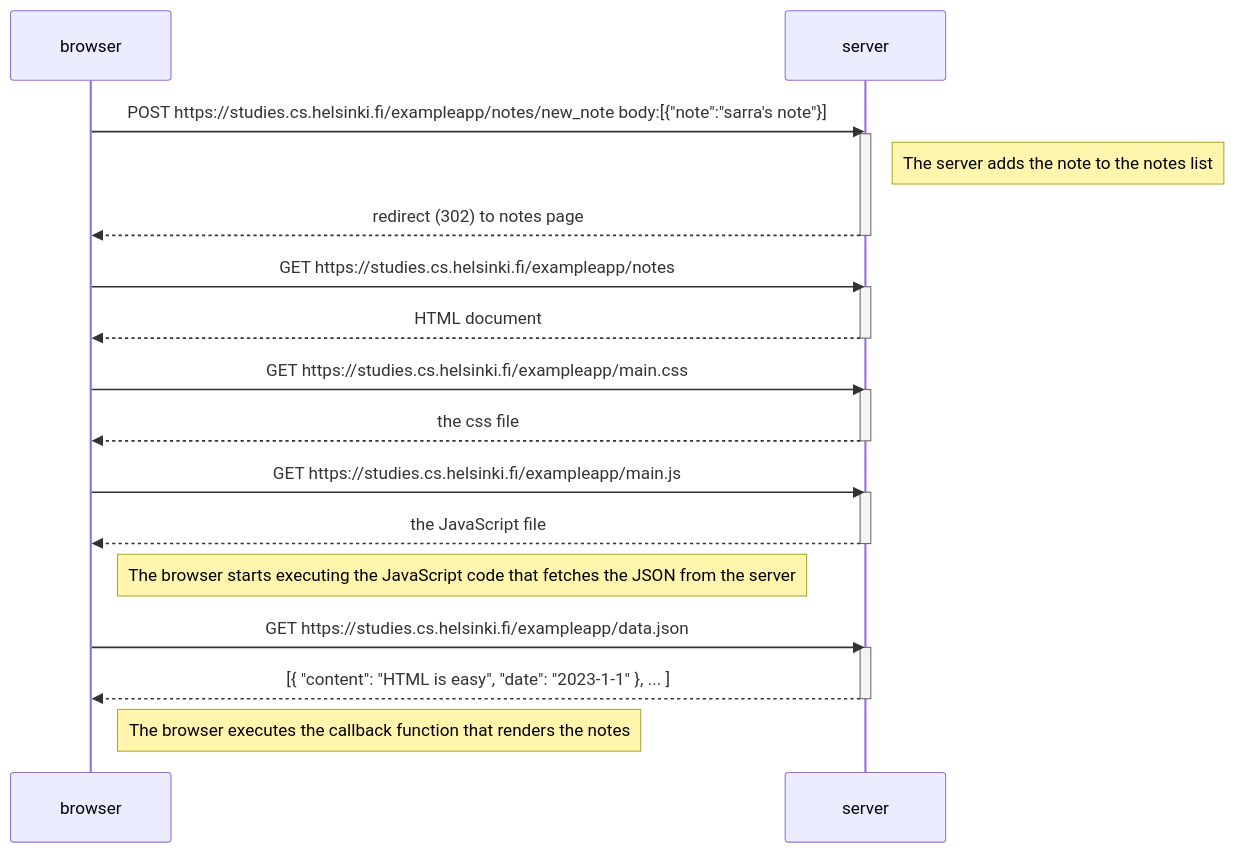
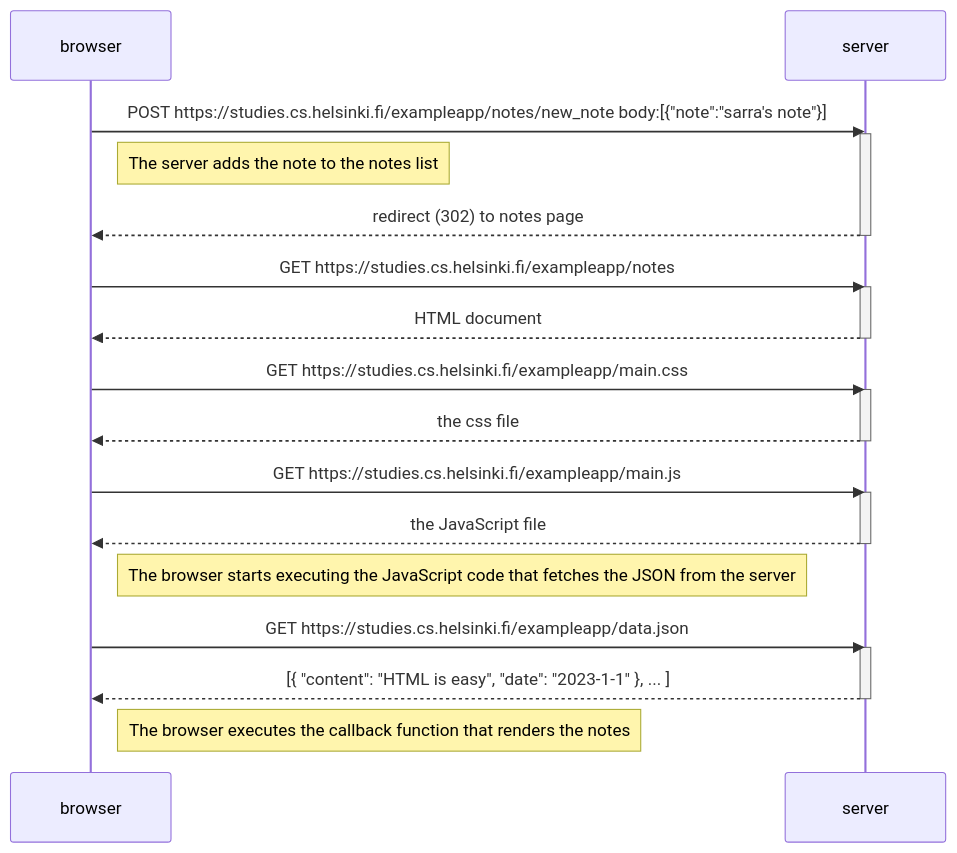
The diagram in part0/exercise_0_4.md (boularakSaraManel/FullStackOpen), drawn with Mermaid before and after one commit.

````diff
--- a/part0/exercise_0_4.md
+++ b/part0/exercise_0_4.md
@@ -1,36 +1,36 @@
 ```mermaid
 sequenceDiagram
     participant browser
     participant server
 
     browser->>server: POST https://studies.cs.helsinki.fi/exampleapp/notes/new_note body:[{"note":"sarra's note"}]
     activate server
-    Note right of server: The server adds the note to the notes list
+    Note right of browser: The server adds the note to the notes list
     server-->>browser: redirect (302) to notes page 
     deactivate server
     
     browser->>server: GET https://studies.cs.helsinki.fi/exampleapp/notes
     activate server
     server-->>browser: HTML document
     deactivate server
 
     browser->>server: GET https://studies.cs.helsinki.fi/exampleapp/main.css
     activate server
     server-->>browser: the css file
     deactivate server
 
     browser->>server: GET https://studies.cs.helsinki.fi/exampleapp/main.js
     activate server
     server-->>browser: the JavaScript file
     deactivate server
 
     Note right of browser: The browser starts executing the JavaScript code that fetches the JSON from the server
 
     browser->>server: GET https://studies.cs.helsinki.fi/exampleapp/data.json
     activate server
     server-->>browser: [{ "content": "HTML is easy", "date": "2023-1-1" }, ... ]
     deactivate server
 
     Note right of browser: The browser executes the callback function that renders the notes
 
 ```
````
